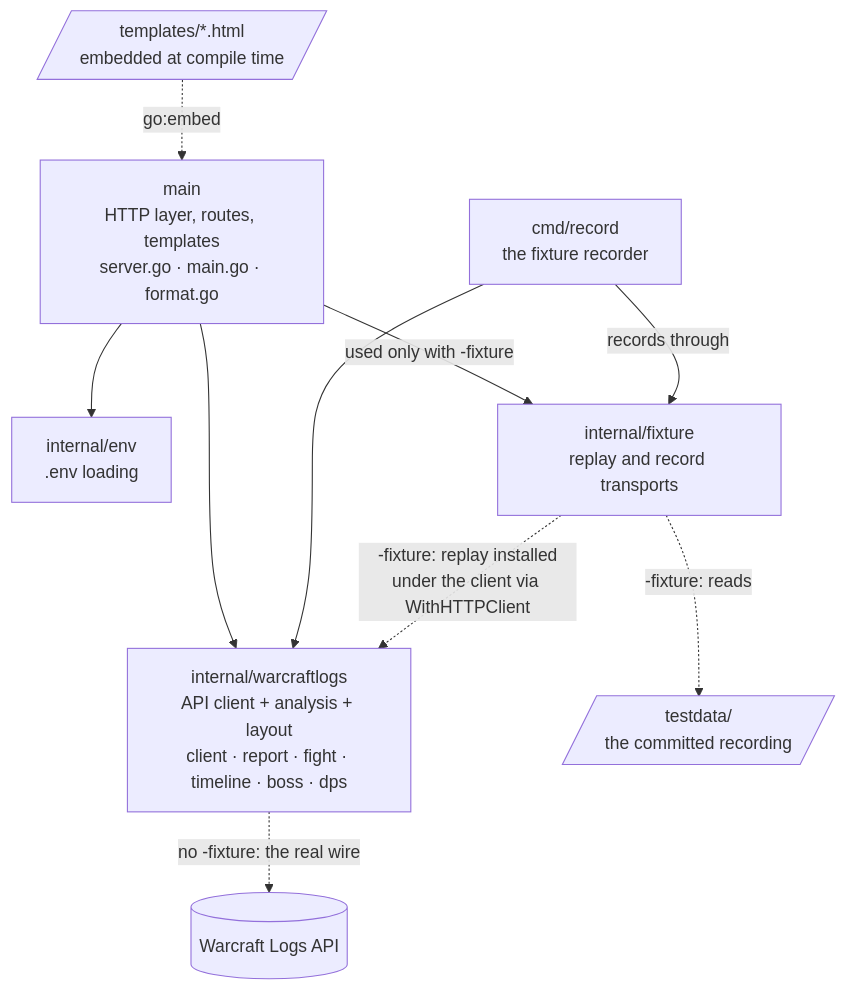
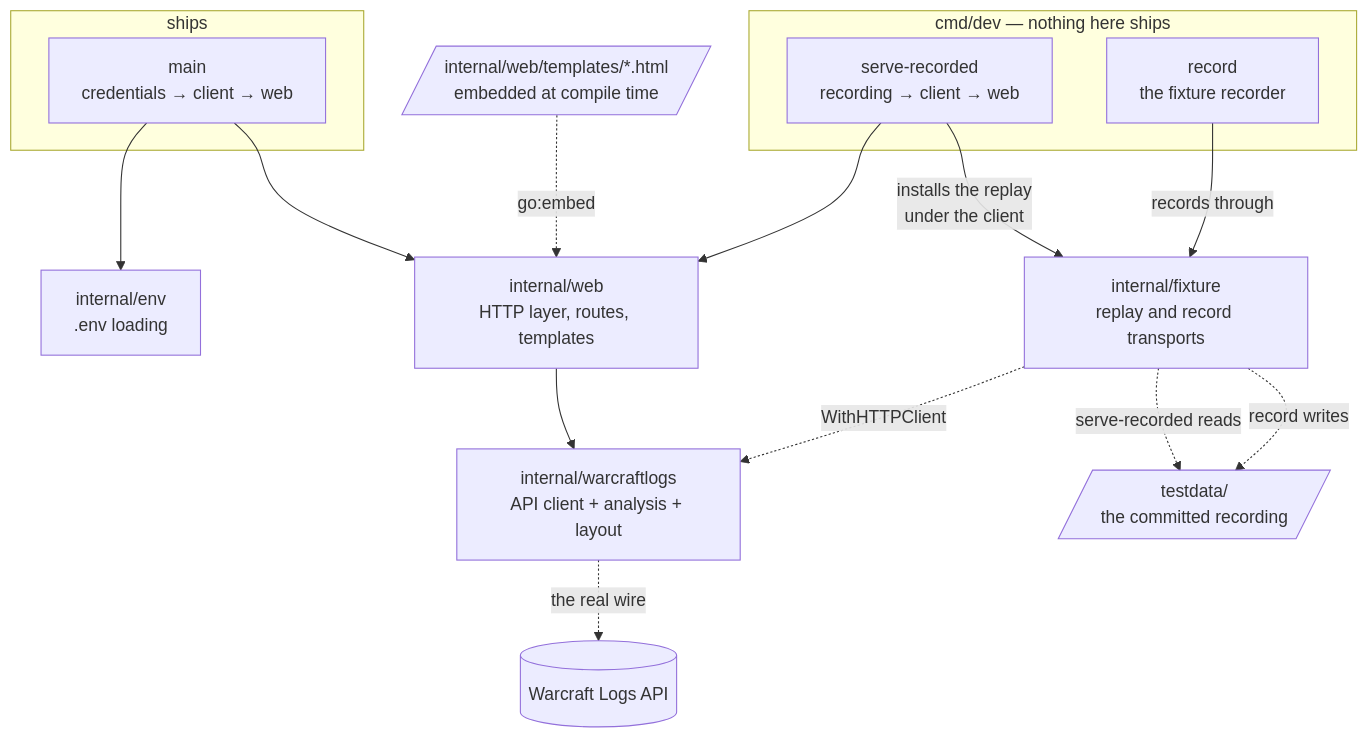
Before and after one commit to Gabriel2048/wow-insights: the second of 3 diagrams in ARCHITECTURE.md, drawn with Mermaid. The commit also changed other lines of this file and 19 other files, not shown here.

First line of the commit message:
Move the offline replay into cmd/dev/serve-recorded and the recorder into cmd/dev/record (#30)

````diff
--- a/ARCHITECTURE.md
+++ b/ARCHITECTURE.md
@@ -47,26 +50,37 @@
 ```mermaid
 flowchart TB
     %% verified: package graph
-    templates[/"templates/*.html<br/>embedded at compile time"/]
-    main["main<br/>HTTP layer, routes, templates<br/>server.go · main.go · format.go"]
-    record["cmd/record<br/>the fixture recorder"]
+    subgraph ships["ships"]
+        main["main<br/>credentials → client → web"]
+    end
+    subgraph dev["cmd/dev — nothing here ships"]
+        serve_recorded["serve-recorded<br/>recording → client → web"]
+        record["record<br/>the fixture recorder"]
+    end
+    templates[/"internal/web/templates/*.html<br/>embedded at compile time"/]
+    web["internal/web<br/>HTTP layer, routes, templates"]
     env["internal/env<br/>.env loading"]
     fixture["internal/fixture<br/>replay and record transports"]
-    warcraftlogs["internal/warcraftlogs<br/>API client + analysis + layout<br/>client · report · fight · timeline · boss · dps"]
+    warcraftlogs["internal/warcraftlogs<br/>API client + analysis + layout"]
     api[("Warcraft Logs API")]
     testdata[/"testdata/<br/>the committed recording"/]
 
     main --> env
-    main -->|"used only with -fixture"| fixture
-    main --> warcraftlogs
+    main --> web
+    serve_recorded --> web
+    serve_recorded -->|"installs the replay<br/>under the client"| fixture
     record -->|"records through"| fixture
-    record --> warcraftlogs
-    %% cmd/record also imports env (for .env). Declared here so the test
-    %% verifies it, and not drawn: the line would only cross main's.
+    templates -.->|"go:embed"| web
+    web --> warcraftlogs
+    %% Every binary also builds the client (warcraftlogs.New), and record
+    %% reads .env. Real, verified, and not drawn: the labels say it and the
+    %% lines would only cross what matters.
+    %% main --> warcraftlogs
+    %% serve_recorded --> warcraftlogs
+    %% record --> warcraftlogs
     %% record --> env
-
-    templates -.->|"go:embed"| main
-    warcraftlogs -.->|"no -fixture: the real wire"| api
-    fixture -.->|"-fixture: replay installed<br/>under the client via WithHTTPClient"| warcraftlogs
-    fixture -.->|"-fixture: reads"| testdata
+    fixture -.->|"WithHTTPClient"| warcraftlogs
+    fixture -.->|"serve-recorded reads"| testdata
+    fixture -.->|"record writes"| testdata
+    warcraftlogs -.->|"the real wire"| api
 ```
````
